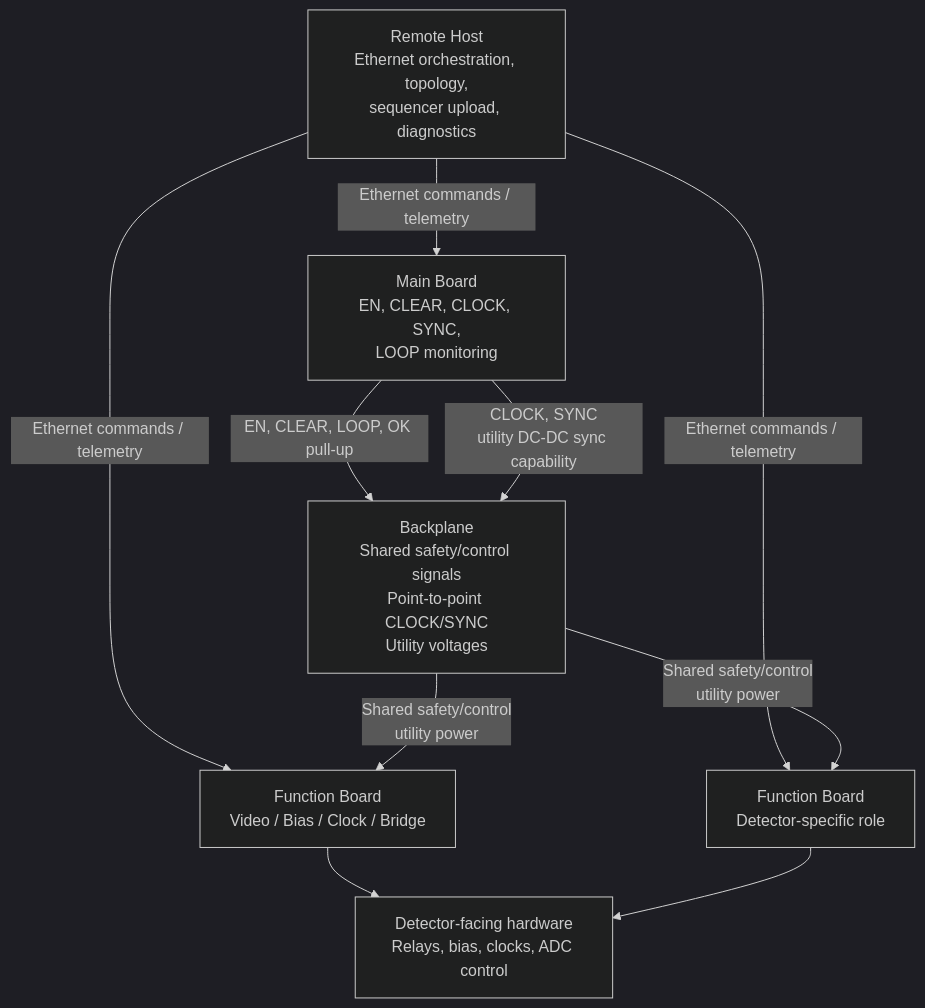
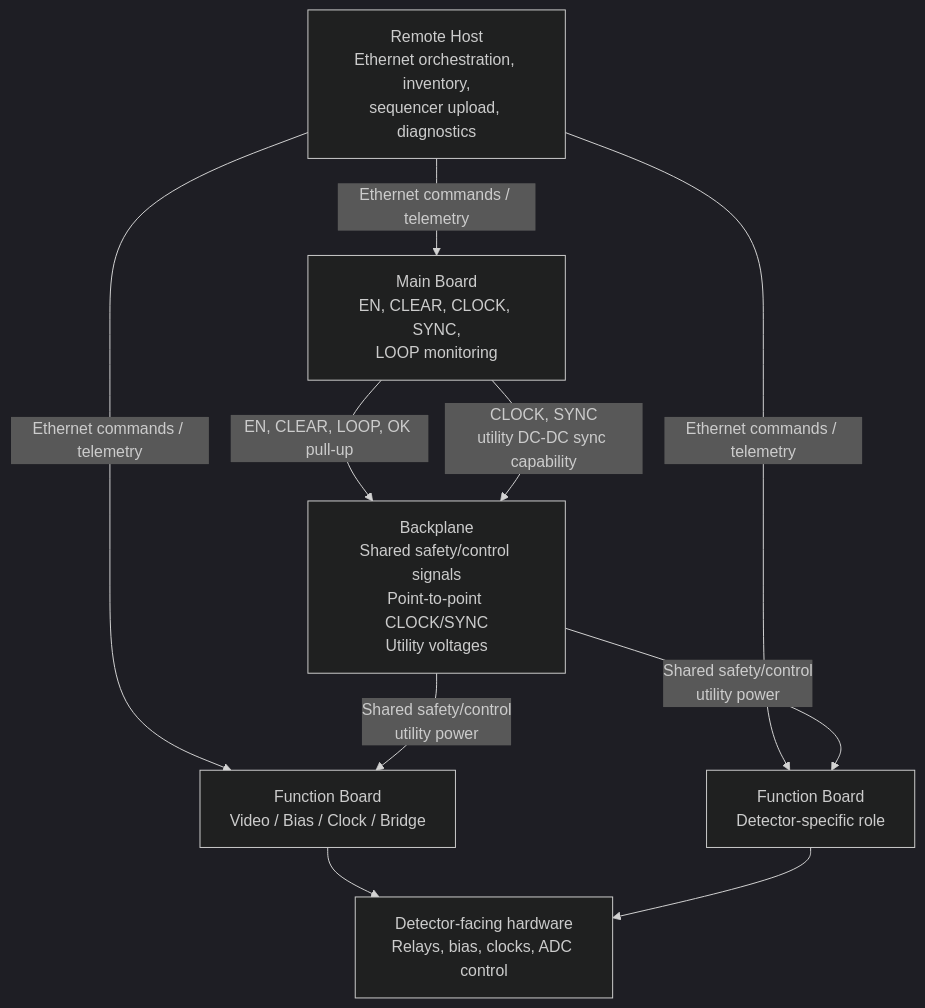
Before and after one commit to bcancinov/mdc-architecture: the first of 3 diagrams in integration/system_concept_guide.md, drawn with Mermaid (dark theme). The commit also changed other lines of this file and 11 other files, not shown here.

Commit message:
refine timing, supervision, and power fault architecture

````diff
--- a/integration/system_concept_guide.md
+++ b/integration/system_concept_guide.md
@@ -73,19 +73,19 @@
 ```mermaid
 flowchart TB
-    HOST["Remote Host\nEthernet orchestration, topology,\nsequencer upload, diagnostics"]
+    HOST["Remote Host\nEthernet orchestration, inventory,\nsequencer upload, diagnostics"]
     MAIN["Main Board\nEN, CLEAR, CLOCK, SYNC,\nLOOP monitoring"]
     BACKPLANE["Backplane\nShared safety/control signals\nPoint-to-point CLOCK/SYNC\nUtility voltages"]
     FB1["Function Board\nVideo / Bias / Clock / Bridge"]
     FBN["Function Board\nDetector-specific role"]
     DET["Detector-facing hardware\nRelays, bias, clocks, ADC control"]
 
     HOST -- "Ethernet commands / telemetry" --> MAIN
     HOST -- "Ethernet commands / telemetry" --> FB1
     HOST -- "Ethernet commands / telemetry" --> FBN
     MAIN -- "EN, CLEAR, LOOP, OK pull-up" --> BACKPLANE
     MAIN -- "CLOCK, SYNC\nutility DC-DC sync capability" --> BACKPLANE
     BACKPLANE -- "Shared safety/control\nutility power" --> FB1
     BACKPLANE -- "Shared safety/control\nutility power" --> FBN
     FB1 --> DET
     FBN --> DET
 ```
````
